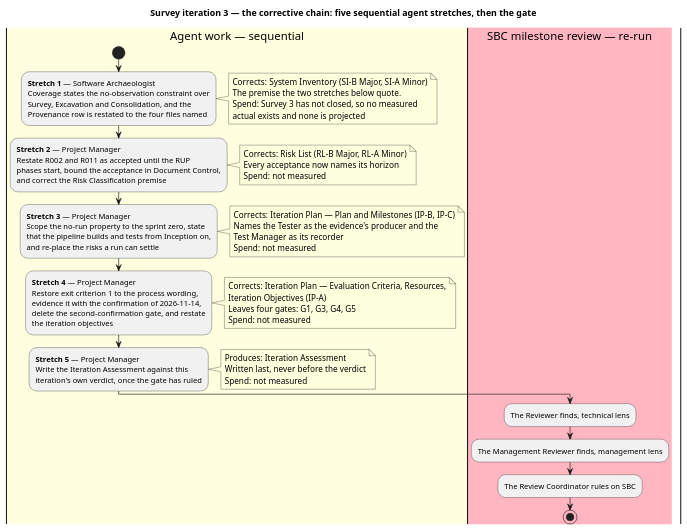
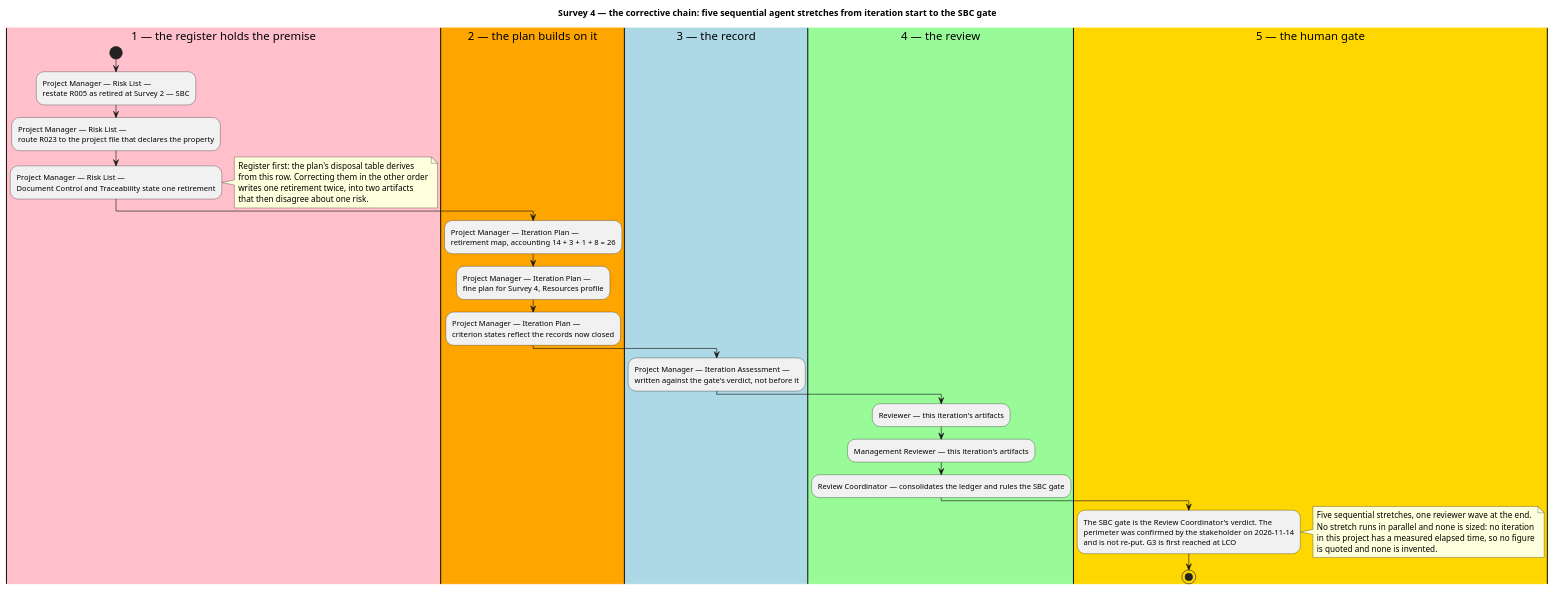
Before and after one commit to banense-test/TodoApp: the first of 5 diagrams in docs/artifacts/project-management/iteration-plan.md, drawn with PlantUML. The commit also changed other lines of this file, not shown here.

Commit message:
Project Manager [Survey4]: upsert Iteration Plan
[skip ci]

````diff
--- a/docs/artifacts/project-management/iteration-plan.md
+++ b/docs/artifacts/project-management/iteration-plan.md
@@ -16,68 +17,50 @@
 ```plantuml
 @startuml
-title Survey iteration 3 — the corrective chain: five sequential agent stretches, then the gate
+title Survey 4 — the corrective chain: five sequential agent stretches from iteration start to the SBC gate
 skinparam shadowing false
-skinparam swimlaneWidth 200
 
-|#LightYellow|Agent work — sequential|
+|#Pink|1 — the register holds the premise|
 start
-:<b>Stretch 1</b> — Software Archaeologist
-Coverage states the no-observation constraint over
-Survey, Excavation and Consolidation, and the
-Provenance row is restated to the four files named;
+:Project Manager — Risk List —
+restate R005 as retired at Survey 2 — SBC;
+:Project Manager — Risk List —
+route R023 to the project file that declares the property;
+:Project Manager — Risk List —
+Document Control and Traceability state one retirement;
 note right
-  Corrects: System Inventory (SI-B Major, SI-A Minor)
-  The premise the two stretches below quote.
-  Spend: Survey 3 has not closed, so no measured
-  actual exists and none is projected
+  Register first: the plan's disposal table derives
+  from this row. Correcting them in the other order
+  writes one retirement twice, into two artifacts
+  that then disagree about one risk.
 end note
 
-:<b>Stretch 2</b> — Project Manager
-Restate R002 and R011 as accepted until the RUP
-phases start, bound the acceptance in Document Control,
-and correct the Risk Classification premise;
+|#Orange|2 — the plan builds on it|
+:Project Manager — Iteration Plan —
+retirement map, accounting 14 + 3 + 1 + 8 = 26;
+:Project Manager — Iteration Plan —
+fine plan for Survey 4, Resources profile;
+:Project Manager — Iteration Plan —
+criterion states reflect the records now closed;
+
+|#LightBlue|3 — the record|
+:Project Manager — Iteration Assessment —
+written against the gate's verdict, not before it;
+
+|#PaleGreen|4 — the review|
+:Reviewer — this iteration's artifacts;
+:Management Reviewer — this iteration's artifacts;
+:Review Coordinator — consolidates the ledger and rules the SBC gate;
+
+|#Gold|5 — the human gate|
+:The SBC gate is the Review Coordinator's verdict. The
+perimeter was confirmed by the stakeholder on 2026-11-14
+and is not re-put. G3 is first reached at LCO;
 note right
-  Corrects: Risk List (RL-B Major, RL-A Minor)
-  Every acceptance now names its horizon
-  Spend: not measured
+  Five sequential stretches, one reviewer wave at the end.
+  No stretch runs in parallel and none is sized: no iteration
+  in this project has a measured elapsed time, so no figure
+  is quoted and none is invented.
 end note
-
-:<b>Stretch 3</b> — Project Manager
-Scope the no-run property to the sprint zero, state
-that the pipeline builds and tests from Inception on,
-and re-place the risks a run can settle;
-note right
-  Corrects: Iteration Plan — Plan and Milestones (IP-B, IP-C)
-  Names the Tester as the evidence's producer and the
-  Test Manager as its recorder
-  Spend: not measured
-end note
-
-:<b>Stretch 4</b> — Project Manager
-Restore exit criterion 1 to the process wording,
-evidence it with the confirmation of 2026-11-14,
-delete the second-confirmation gate, and restate
-the iteration objectives;
-note right
-  Corrects: Iteration Plan — Evaluation Criteria, Resources,
-  Iteration Objectives (IP-A)
-  Leaves four gates: G1, G3, G4, G5
-  Spend: not measured
-end note
-
-:<b>Stretch 5</b> — Project Manager
-Write the Iteration Assessment against this
-iteration's own verdict, once the gate has ruled;
-note right
-  Produces: Iteration Assessment
-  Written last, never before the verdict
-  Spend: not measured
-end note
-
-|#LightPink|SBC milestone review — re-run|
-:The Reviewer finds, technical lens;
-:The Management Reviewer finds, management lens;
-:The Review Coordinator rules on SBC;
 stop
 @enduml
 ```
````
